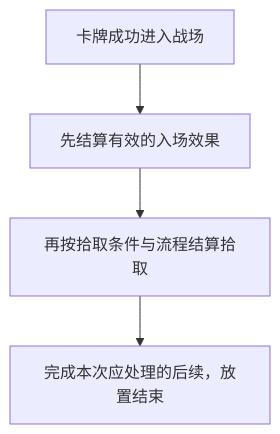
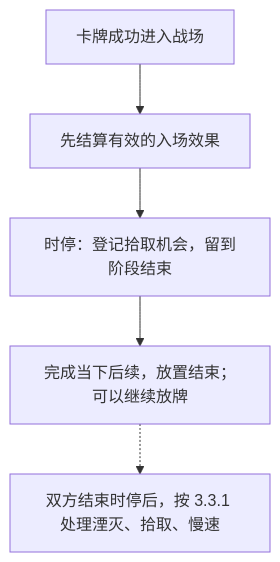
Before and after one commit to Time-Block-Hero/tbh-website: the second of 3 diagrams in docs/rules/common/actions.md, drawn with Mermaid. The commit also changed other lines of this file and 26 other files, not shown here.

````diff
--- a/docs/rules/common/actions.md
+++ b/docs/rules/common/actions.md
@@ -94,6 +94,7 @@
 ```mermaid
 flowchart TD
   enter["卡牌成功进入战场"] --> entry["先结算有效的入场效果"]
-  entry --> pickup["再按拾取条件与流程结算拾取"]
-  pickup --> finish["完成本次应处理的后续，放置结束"]
+  entry --> pickup["时停：登记拾取机会，留到阶段结束"]
+  pickup --> finish["完成当下后续，放置结束；可以继续放牌"]
+  finish -.-> phase["双方结束时停后，按 3.3.1 处理湮灭、拾取、慢速"]
 ```
````
